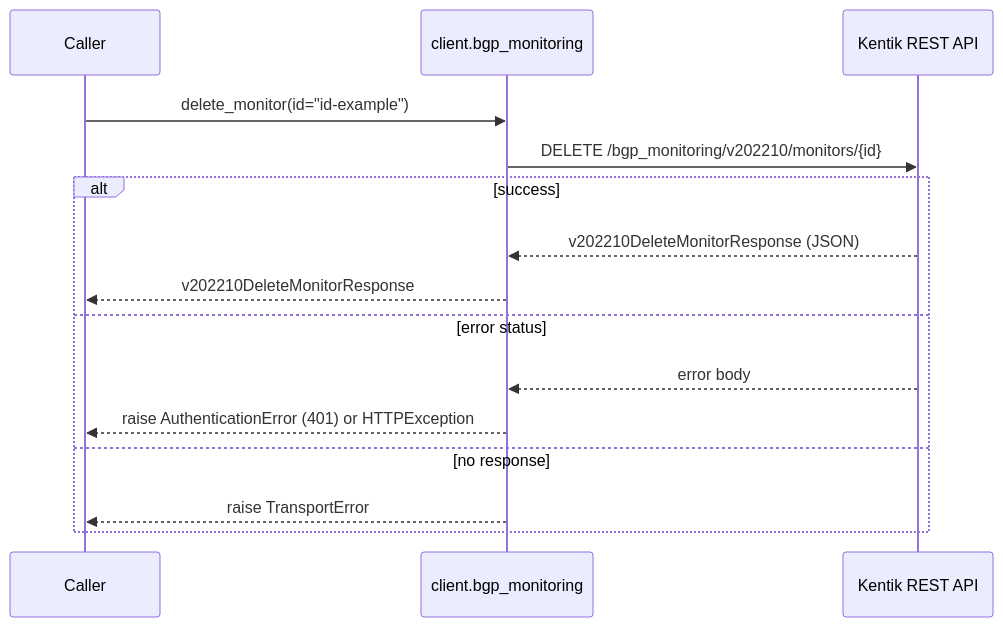
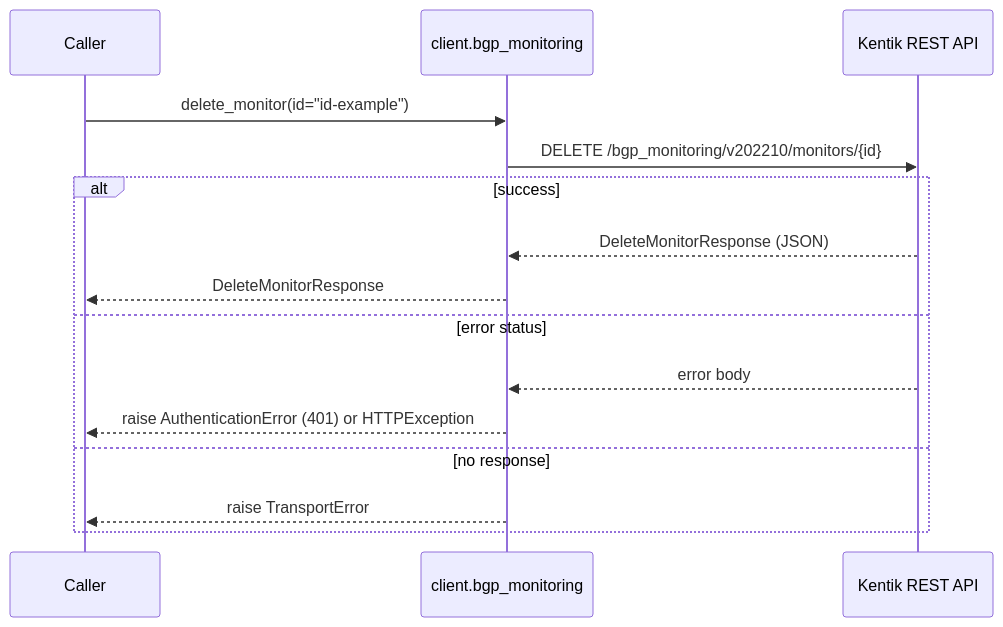
One commit to alexdearaujo/community_sdk_python changed diagram 14 of 18 in docs/sphinx/services/bgp_monitoring.md. Above: the diagram before and after it, drawn with Mermaid. The commit also changed other lines of this file and 38 other files, not shown here.

````diff
--- a/docs/sphinx/services/bgp_monitoring.md
+++ b/docs/sphinx/services/bgp_monitoring.md
@@ -490,18 +490,18 @@
 ```mermaid
 sequenceDiagram
     participant C as Caller
     participant W as client.bgp_monitoring
     participant API as Kentik REST API
 
     C->>W: delete_monitor(id="id-example")
     W->>API: DELETE /bgp_monitoring/v202210/monitors/{id}
     alt success
-        API-->>W: v202210DeleteMonitorResponse (JSON)
-        W-->>C: v202210DeleteMonitorResponse
+        API-->>W: DeleteMonitorResponse (JSON)
+        W-->>C: DeleteMonitorResponse
     else error status
         API-->>W: error body
         W-->>C: raise AuthenticationError (401) or HTTPException
     else no response
         W-->>C: raise TransportError
     end
 ```
````
